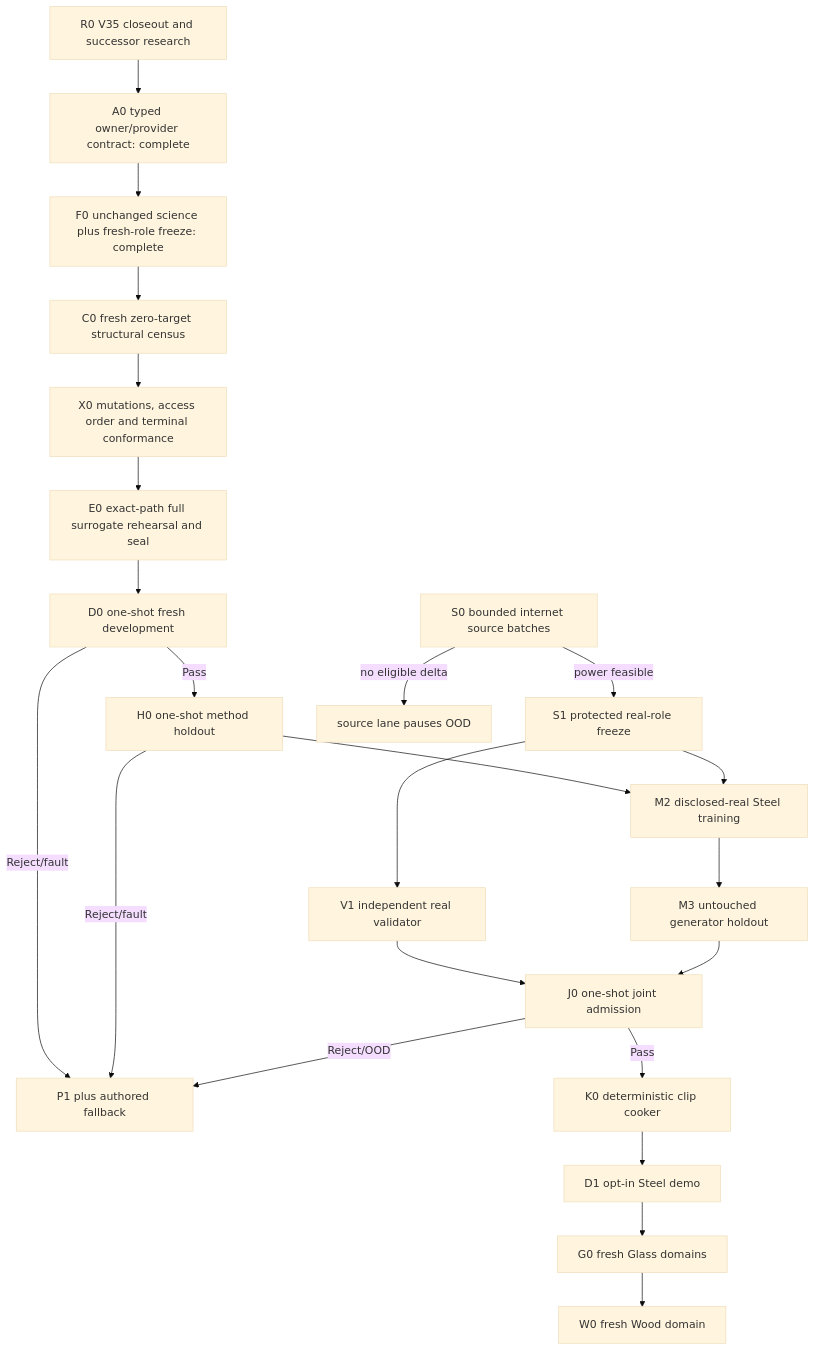
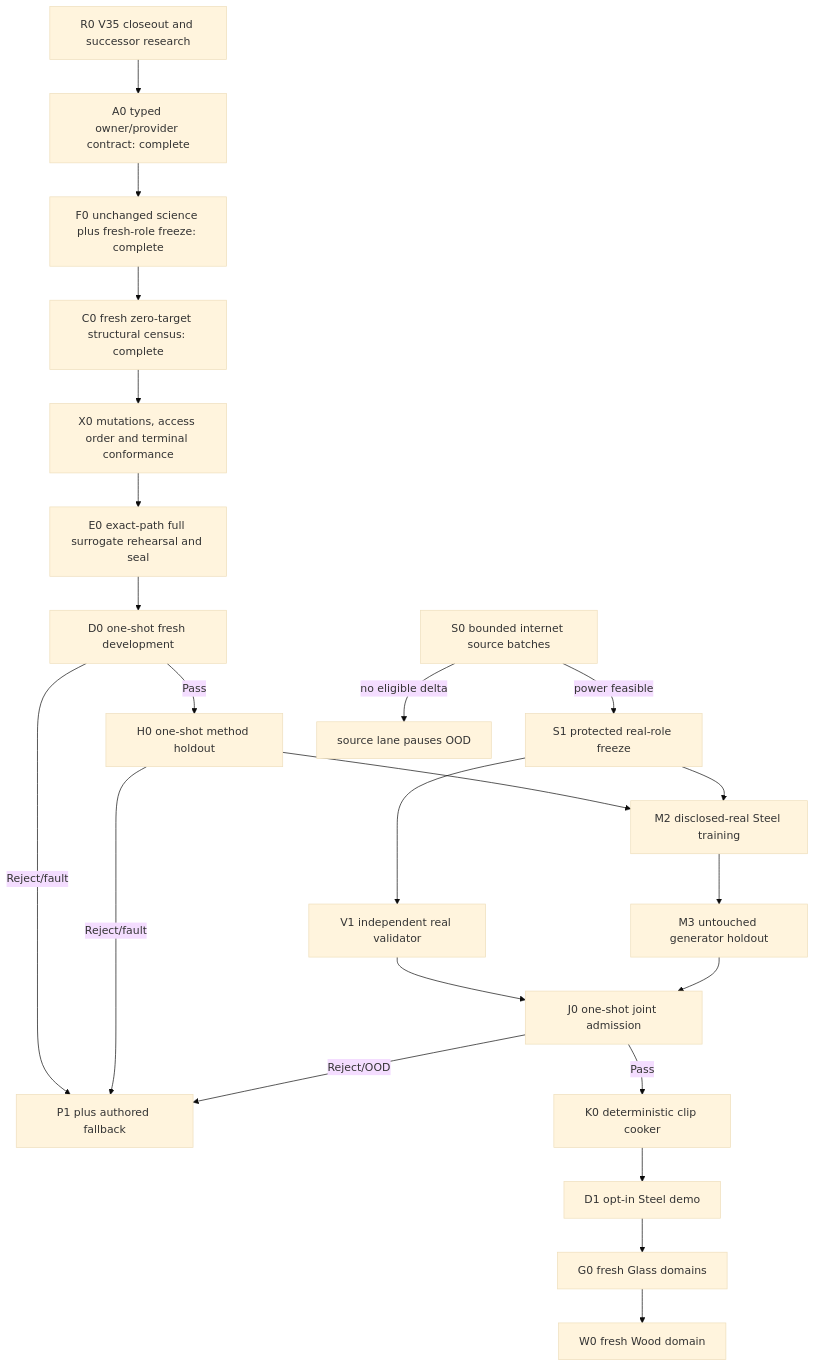
Before and after one commit to kaifaty/NextEngine: the diagram in docs/plans/physical-sound-synthesis-roadmap-v36.md, drawn with Mermaid (base theme). The commit also changed other lines of this file and 3 other files, not shown here.

Commit message:
docs(sound): complete V36 structural census

````diff
--- a/docs/plans/physical-sound-synthesis-roadmap-v36.md
+++ b/docs/plans/physical-sound-synthesis-roadmap-v36.md
@@ -106,27 +107,27 @@
 ```mermaid
 flowchart TD
     R0["R0 V35 closeout and successor research"] --> A0["A0 typed owner/provider contract: complete"]
     A0 --> F0["F0 unchanged science plus fresh-role freeze: complete"]
-    F0 --> C0["C0 fresh zero-target structural census"]
+    F0 --> C0["C0 fresh zero-target structural census: complete"]
     C0 --> X0["X0 mutations, access order and terminal conformance"]
     X0 --> E0["E0 exact-path full surrogate rehearsal and seal"]
     E0 --> D0["D0 one-shot fresh development"]
     D0 -->|"Pass"| H0["H0 one-shot method holdout"]
     D0 -->|"Reject/fault"| GF["P1 plus authored fallback"]
     H0 -->|"Reject/fault"| GF
 
     S0["S0 bounded internet source batches"] -->|"power feasible"| S1["S1 protected real-role freeze"]
     S0 -->|"no eligible delta"| SOOD["source lane pauses OOD"]
 
     H0 --> M2["M2 disclosed-real Steel training"]
     S1 --> V1["V1 independent real validator"]
     S1 --> M2
     M2 --> M3["M3 untouched generator holdout"]
     V1 --> J0["J0 one-shot joint admission"]
     M3 --> J0
     J0 -->|"Pass"| K0["K0 deterministic clip cooker"]
     J0 -->|"Reject/OOD"| GF
     K0 --> D1["D1 opt-in Steel demo"]
     D1 --> G0["G0 fresh Glass domains"]
     G0 --> W0["W0 fresh Wood domain"]
 ```
````
